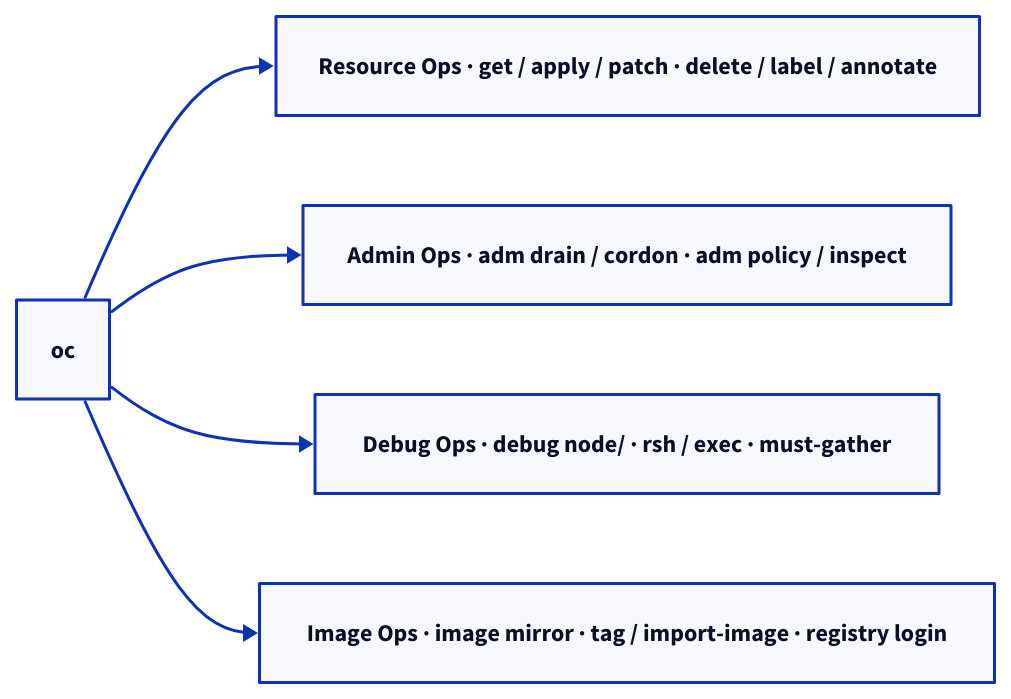
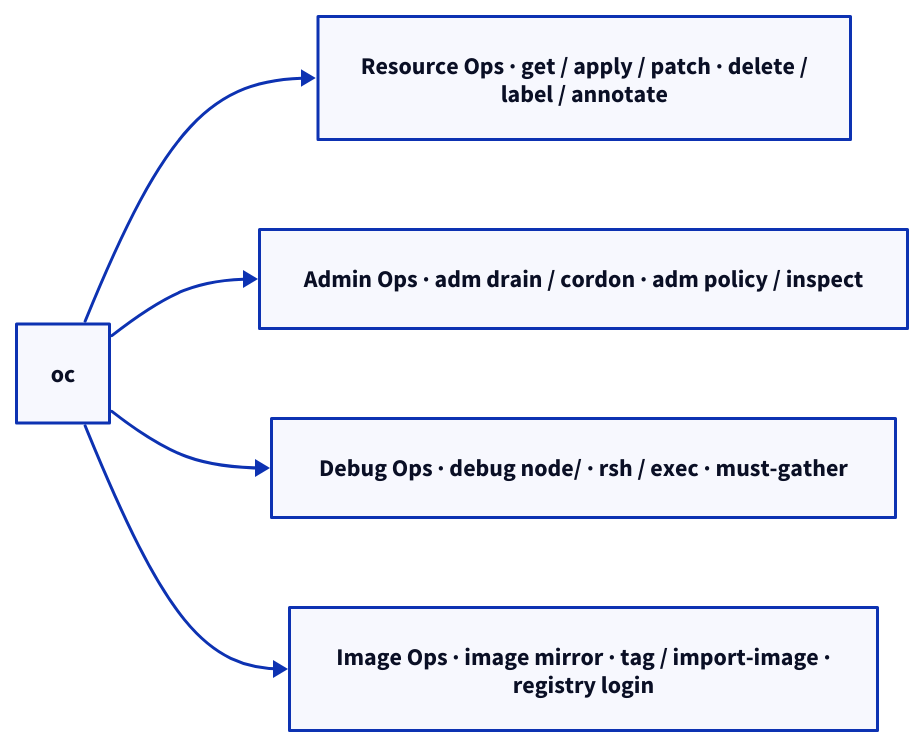
Before and after one commit to canast01/chris-kb: the diagram in docs/virtualization/openshift/operations/cli-reference/index.md, drawn with D2. The commit also changed 192 other files, not shown here.

````diff
--- a/docs/virtualization/openshift/operations/cli-reference/index.md
+++ b/docs/virtualization/openshift/operations/cli-reference/index.md
@@ -13,14 +13,14 @@
 ```d2
 direction: right
 
 OC: "oc" {shape: rectangle}
-RES: "Resource Ops · get / apply / patch · delete / label / annotate" {shape: rectangle}
+RES: "Resource Ops · get / apply / patch · delete /\nlabel / annotate" {shape: rectangle}
 ADM: "Admin Ops · adm drain / cordon · adm policy / inspect" {shape: rectangle}
 DBG: "Debug Ops · debug node/ · rsh / exec · must-gather" {shape: rectangle}
-IMG: "Image Ops · image mirror · tag / import-image · registry login" {shape: rectangle}
+IMG: "Image Ops · image mirror · tag / import-image ·\nregistry login" {shape: rectangle}
 
 OC -> RES
 OC -> ADM
 OC -> DBG
 OC -> IMG
 ```
````
